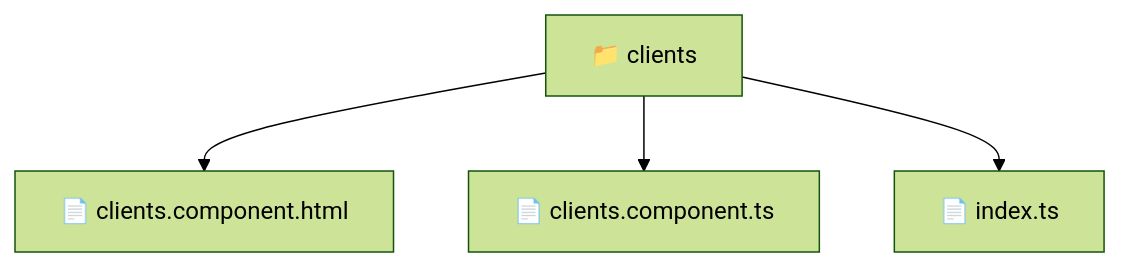
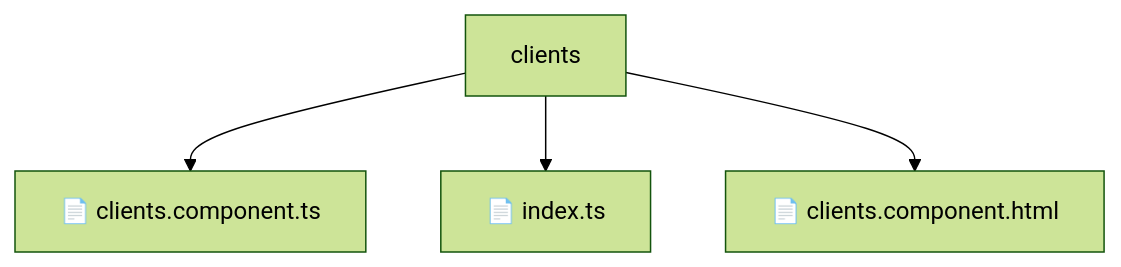
The diagram in frontend/src/pages/clients/README.md (beginwebdev2002/fullstack-mavluda), drawn with Mermaid (forest theme) before and after one commit. The commit also changed other lines of this file and 155 other files, not shown here.

````diff
--- a/frontend/src/pages/clients/README.md
+++ b/frontend/src/pages/clients/README.md
@@ -10,7 +14,7 @@
 ```mermaid
 graph TD
-  Root["📁 clients"]
-  Root --> clientscomponenthtml["📄 clients.component.html"]
-  Root --> clientscomponentts["📄 clients.component.ts"]
-  Root --> indexts["📄 index.ts"]
+    Root[clients]
+    Root --> F0[📄 clients.component.ts]
+    Root --> F1[📄 index.ts]
+    Root --> F2[📄 clients.component.html]
 ```
````
